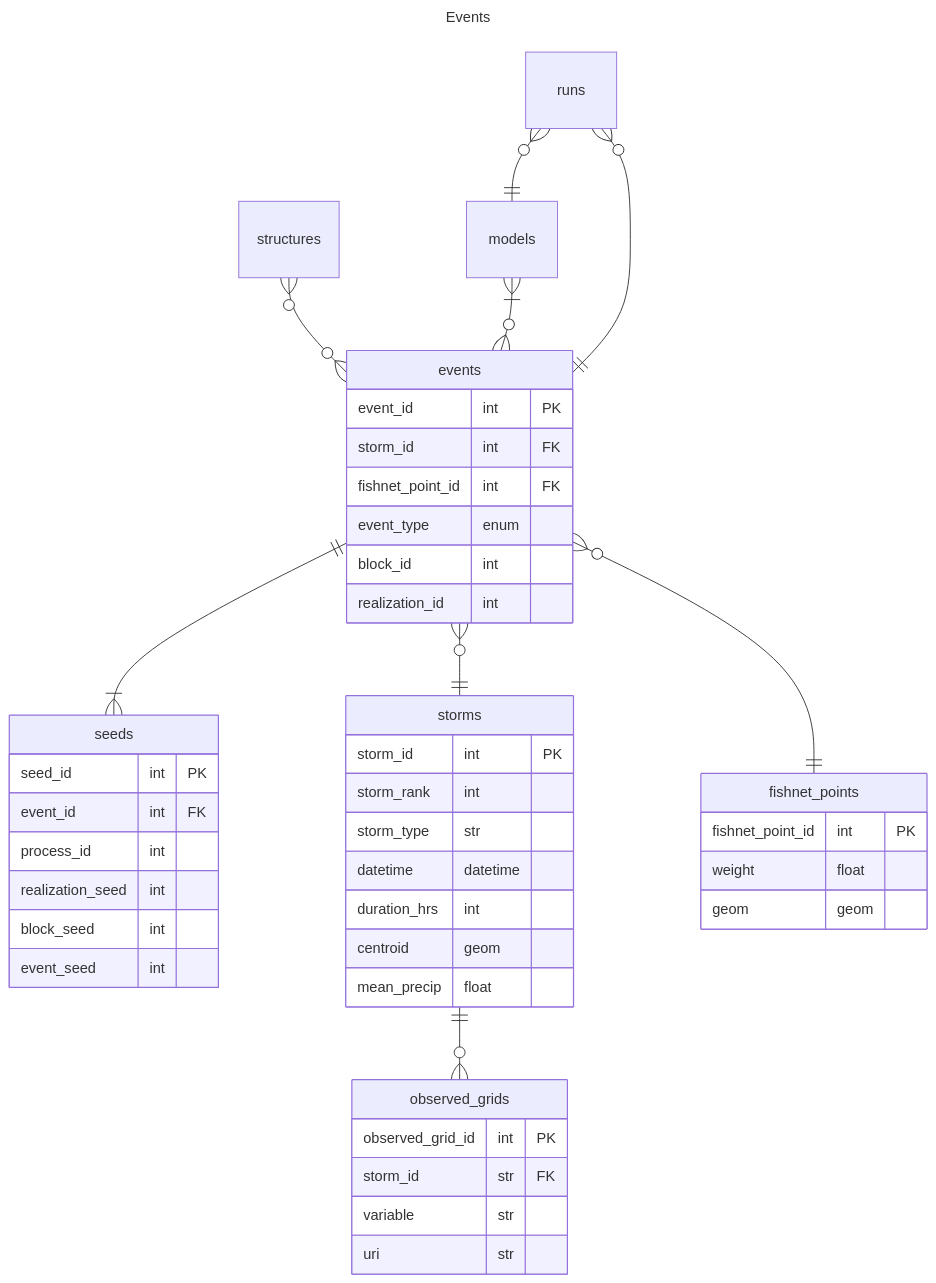
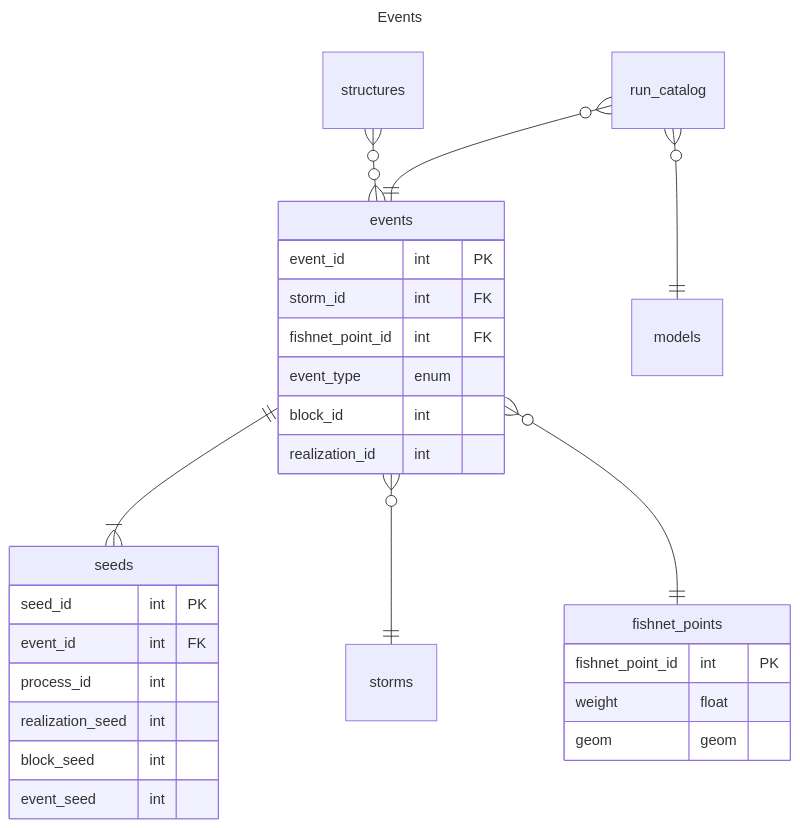
One commit to fema-ffrd/ffrd-data-model changed the diagram in rdb/events.mmd. Above: the diagram before and after it, drawn with Mermaid. The commit also changed 25 other files, not shown here.

```diff
--- a/rdb/events.mmd
+++ b/rdb/events.mmd
@@ -1,57 +1,37 @@
 ---
 title: Events
 ---
 
 erDiagram
     events ||--|{ seeds : ""
     events }o--|| storms : ""
     events }o--|| fishnet_points : ""
     structures }o--o{ events : ""
-    models }|--o{ events : ""
-    runs }o--|| models : ""
-    runs }o--|| events : ""
-    storms ||--o{ observed_grids : ""
+    run_catalog }o--|| models : ""
+    run_catalog }o--|| events : ""
 
 
+    %% Lakehouse: Iceberg table (defined in lakehouse/observations.mmd)
     storms {
-        storm_id int PK
-        storm_rank int
-        storm_type str
-        datetime datetime
-        duration_hrs int
-        centroid geom
-        mean_precip float
     }
     fishnet_points {
         fishnet_point_id int PK
         weight float
         geom geom
     }
     events {
         event_id int PK
         storm_id int FK
         fishnet_point_id int FK
         event_type enum
         block_id int
         realization_id int
     }
     seeds {
         seed_id int PK
         event_id int FK
         process_id int
         realization_seed int
         block_seed int
         event_seed int
     }
-    structures {
-    }
-    events {
-    }
-    runs {
-    }
-    observed_grids {
-        observed_grid_id int PK
-        storm_id str FK
-        variable str
-        uri str
-    }
```
